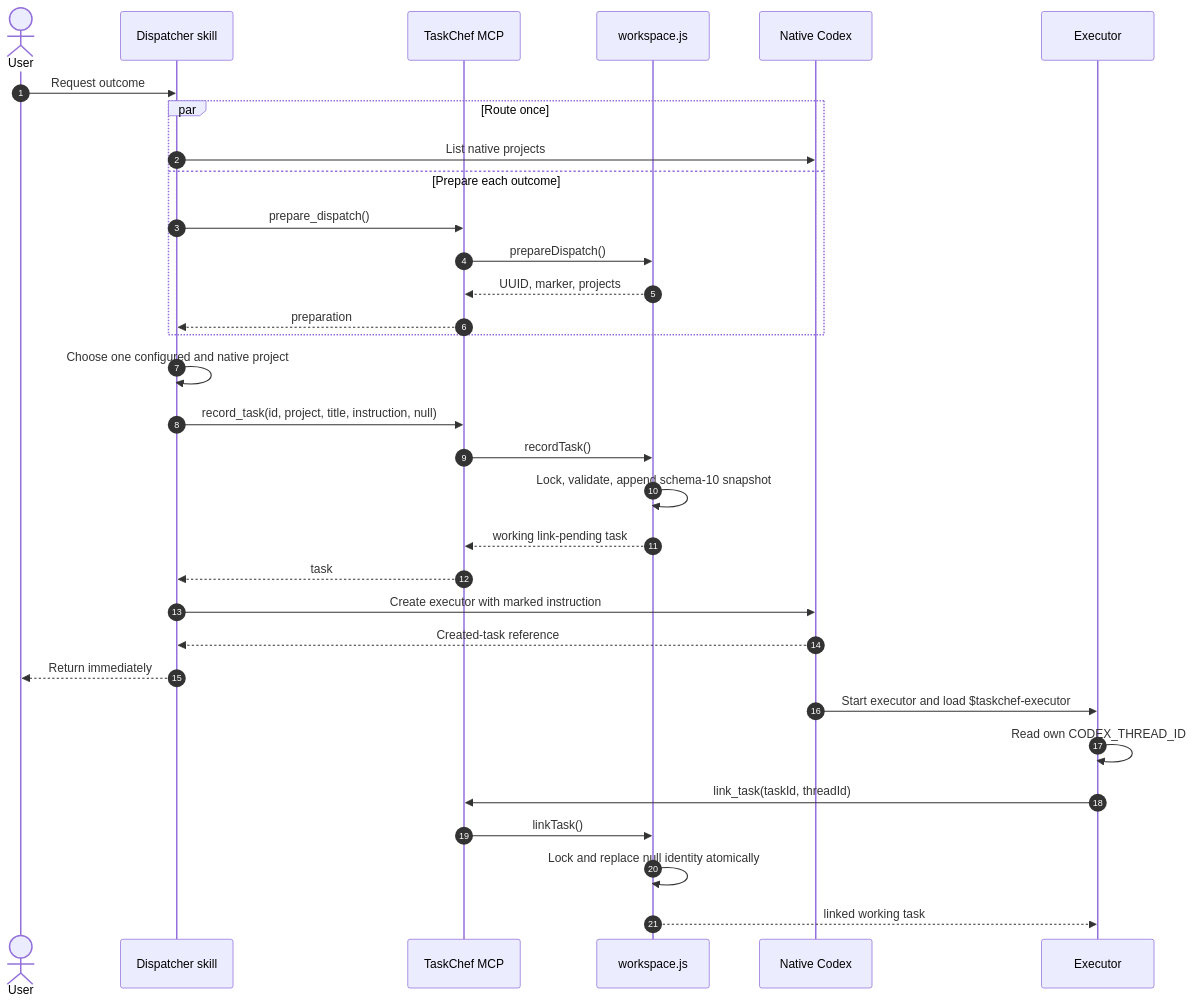
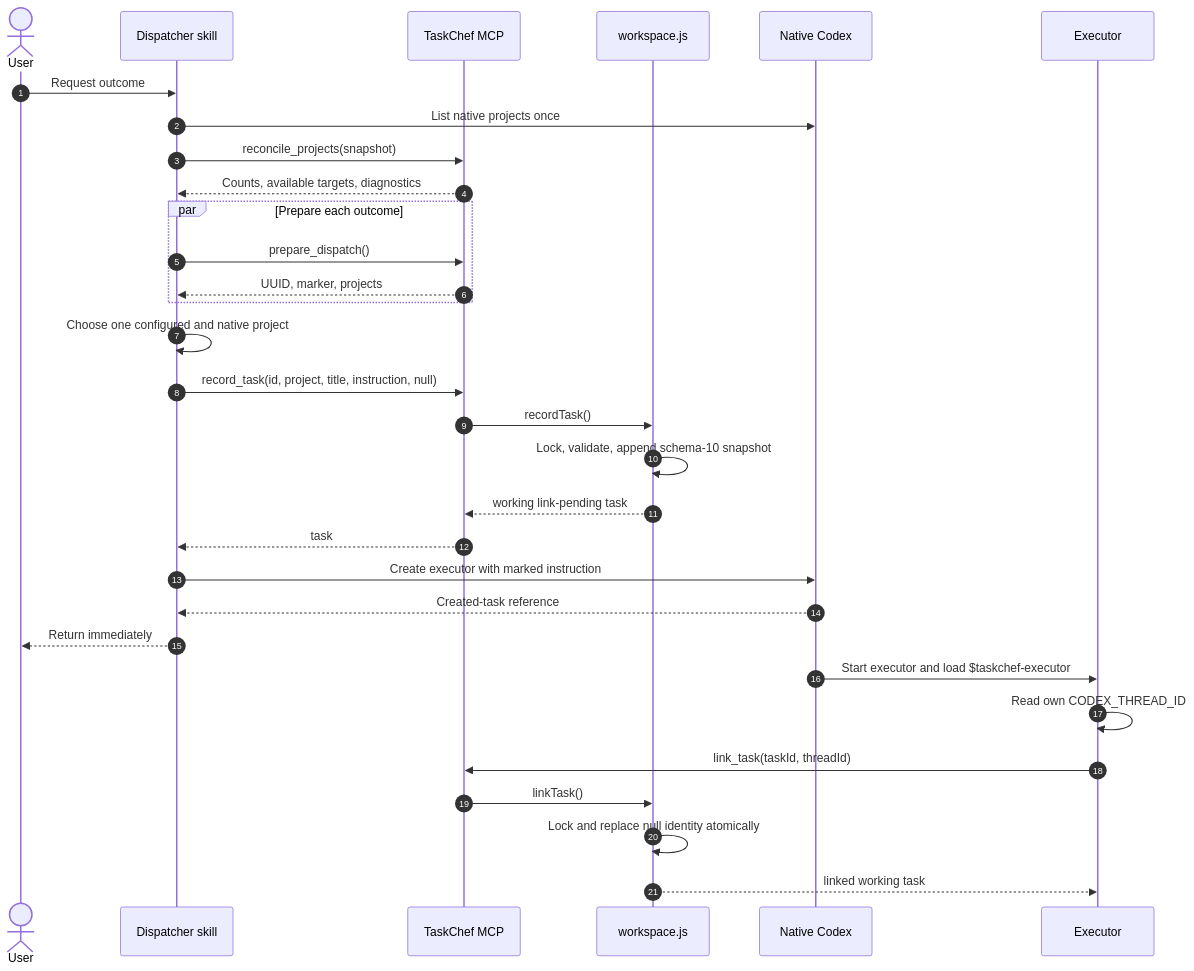
Before and after one commit to favoyang/taskchef: the second of 8 diagrams in docs/workflows.md, drawn with Mermaid. The commit also changed other lines of this file and 14 other files, not shown here.

````diff
--- a/docs/workflows.md
+++ b/docs/workflows.md
@@ -120,34 +120,33 @@
 ```mermaid
 sequenceDiagram
   autonumber
   actor U as User
   participant D as Dispatcher skill
   participant M as TaskChef MCP
   participant W as workspace.js
   participant C as Native Codex
   participant E as Executor
   U->>D: Request outcome
-  par Route once
-    D->>C: List native projects
-  and Prepare each outcome
+  D->>C: List native projects once
+  D->>M: reconcile_projects(snapshot)
+  M-->>D: Counts, available targets, diagnostics
+  par Prepare each outcome
     D->>M: prepare_dispatch()
-    M->>W: prepareDispatch()
-    W-->>M: UUID, marker, projects
-    M-->>D: preparation
+    M-->>D: UUID, marker, projects
   end
   D->>D: Choose one configured and native project
   D->>M: record_task(id, project, title, instruction, null)
   M->>W: recordTask()
   W->>W: Lock, validate, append schema-10 snapshot
   W-->>M: working link-pending task
   M-->>D: task
   D->>C: Create executor with marked instruction
   C-->>D: Created-task reference
   D-->>U: Return immediately
   C->>E: Start executor and load $taskchef-executor
   E->>E: Read own CODEX_THREAD_ID
   E->>M: link_task(taskId, threadId)
   M->>W: linkTask()
   W->>W: Lock and replace null identity atomically
   W-->>E: linked working task
 ```
````
